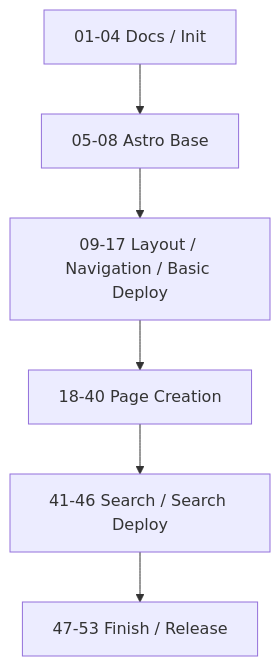
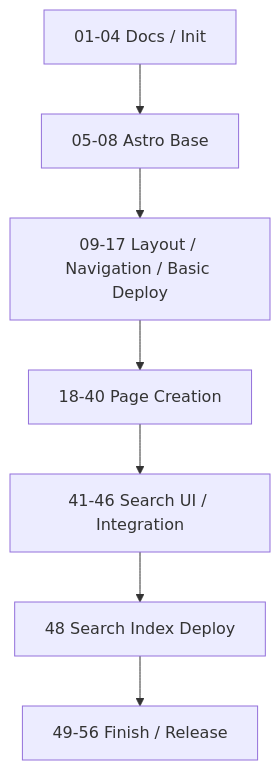
Before and after one commit to starling888888/neon-underrealm-trpg: the diagram in docs/plan.md, drawn with Mermaid. The commit also changed other lines of this file and 2 other files, not shown here.

Commit message:
docs: prepare 44-search-modal-ui

````diff
--- a/docs/plan.md
+++ b/docs/plan.md
@@ -499,8 +495,9 @@
 ```mermaid id="pl5m29"
 flowchart TD
   A[01-04 Docs / Init] --> B[05-08 Astro Base]
   B --> C[09-17 Layout / Navigation / Basic Deploy]
   C --> D[18-40 Page Creation]
-  D --> E[41-46 Search / Search Deploy]
-  E --> F[47-53 Finish / Release]
+  D --> E[41-46 Search UI / Integration]
+  E --> F[48 Search Index Deploy]
+  F --> G[49-56 Finish / Release]
 ```
````
